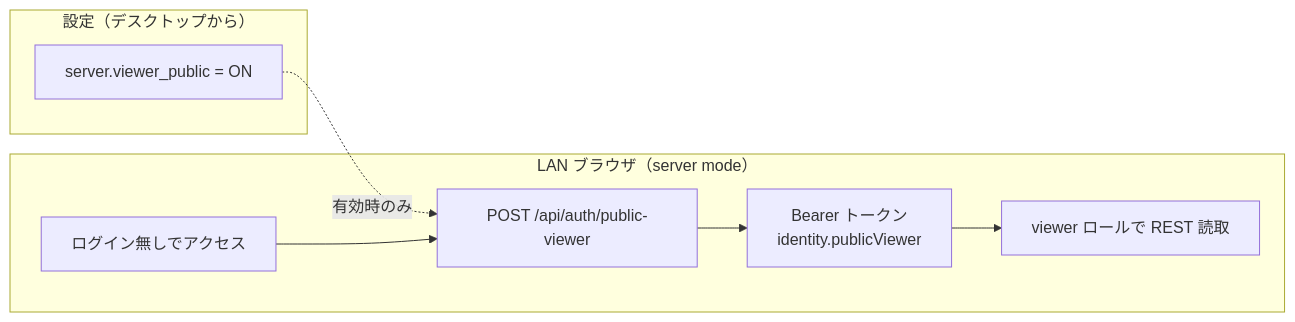
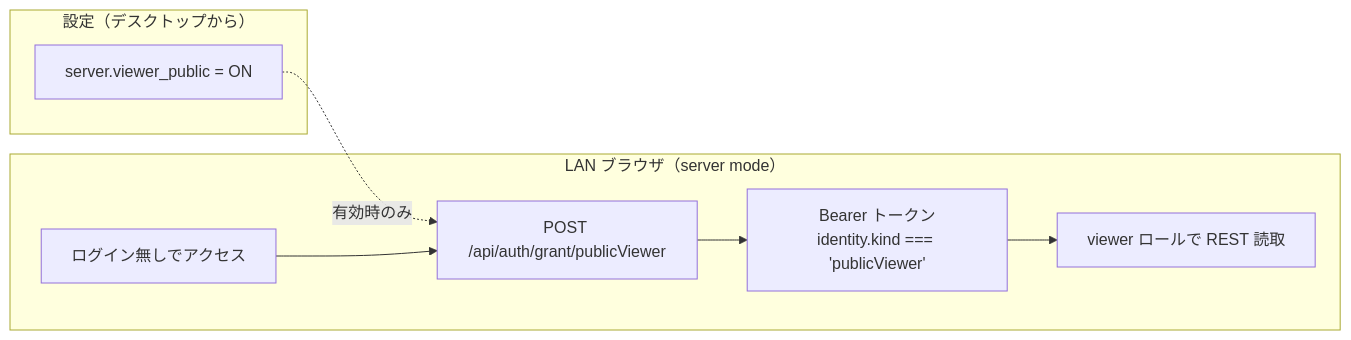
The sixth of 11 diagrams in docs/architecture-flows.md (tyaro/banto), drawn with Mermaid before and after one commit. The commit also changed other lines of this file and 25 other files, not shown here.

````diff
--- a/docs/architecture-flows.md
+++ b/docs/architecture-flows.md
@@ -182,16 +182,16 @@
 ```mermaid
 flowchart LR
   subgraph lan["LAN ブラウザ（server mode）"]
     A["ログイン無しでアクセス"]
-    B["POST /api/auth/public-viewer"]
-    C["Bearer トークン<br/>identity.publicViewer"]
+    B["POST /api/auth/grant/publicViewer"]
+    C["Bearer トークン<br/>identity.kind === 'publicViewer'"]
     D["viewer ロールで REST 読取"]
   end
 
   subgraph cfg["設定（デスクトップから）"]
     S["server.viewer_public = ON"]
   end
 
   S -.->|有効時のみ| B
   A --> B --> C --> D
 ```
````
